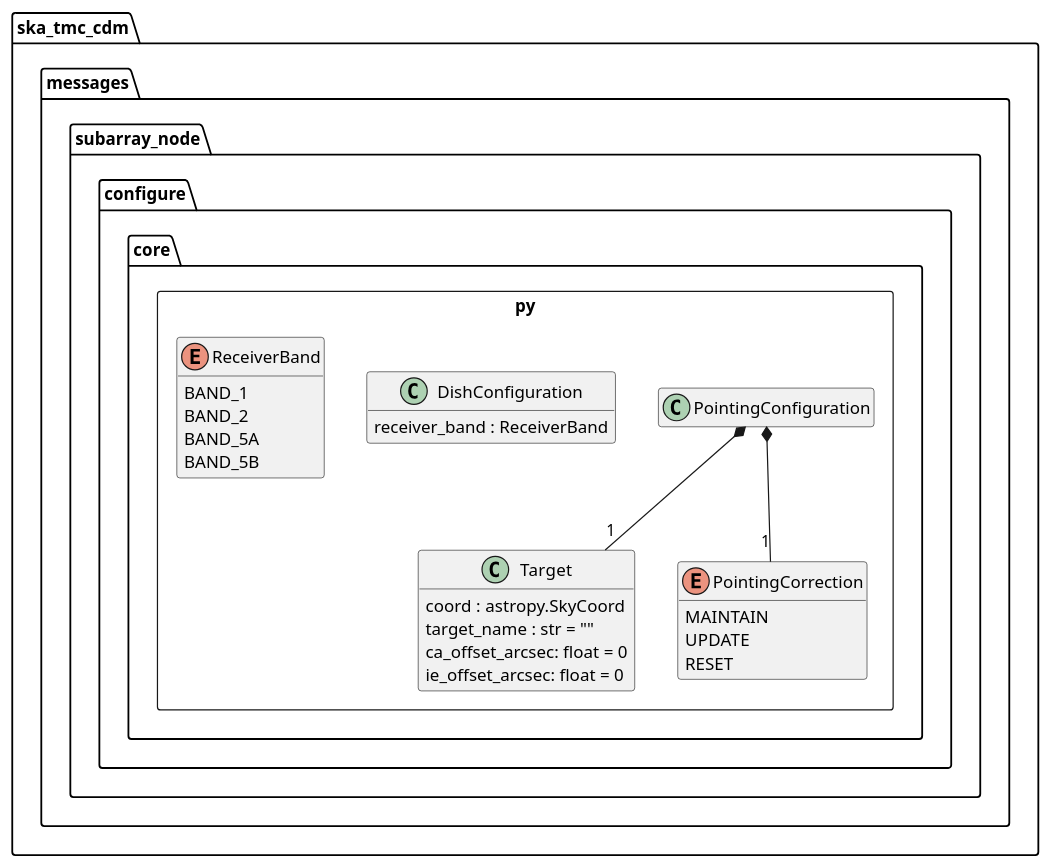
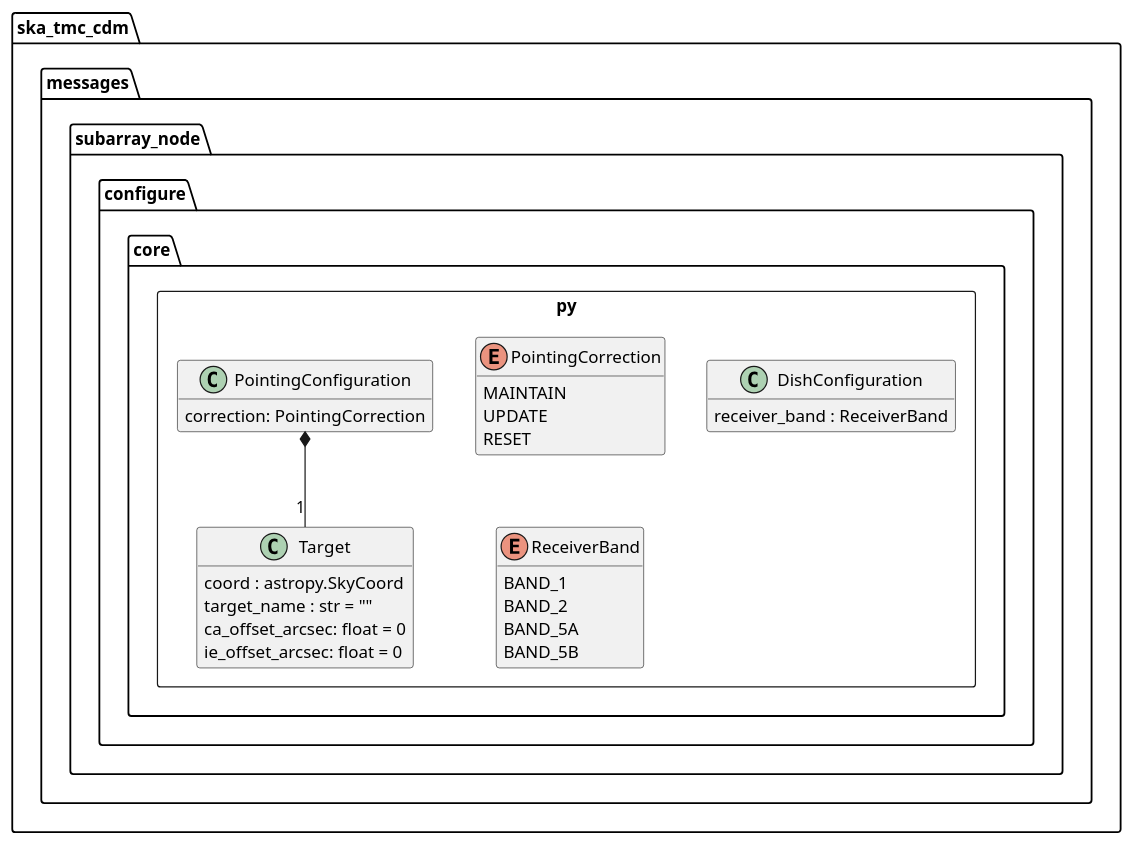
Before and after one commit to ska-telescope/cdm-shared-library: the diagram in docs/src/developer/subarraynode/core.puml, drawn with PlantUML. The commit also changed 1 other file, not shown here.

```diff
--- a/docs/src/developer/subarraynode/core.puml
+++ b/docs/src/developer/subarraynode/core.puml
@@ -1,40 +1,42 @@
 @startuml
 hide empty members
 
 package ska_tmc_cdm.messages.subarray_node.configure {
 
 	package core.py <<Rectangle>> {
 
 		class Target {
 			coord : astropy.SkyCoord
 			target_name : str = ""
 			ca_offset_arcsec: float = 0
 			ie_offset_arcsec: float = 0
 		}
 
 		enum PointingCorrection {
 			MAINTAIN
 			UPDATE
 			RESET
 		}
 
-		class PointingConfiguration
+		class PointingConfiguration {
+			correction: PointingCorrection
+		}
+		
 		PointingConfiguration *-- "1" Target
-		PointingConfiguration *-- "1" PointingCorrection
 
 		class DishConfiguration {
 			receiver_band : ReceiverBand
 		}
 
 		enum ReceiverBand {
 			BAND_1
 			BAND_2
 			BAND_5A
 			BAND_5B
 		}
 
 	}
 
 }
 
 @enduml
```
